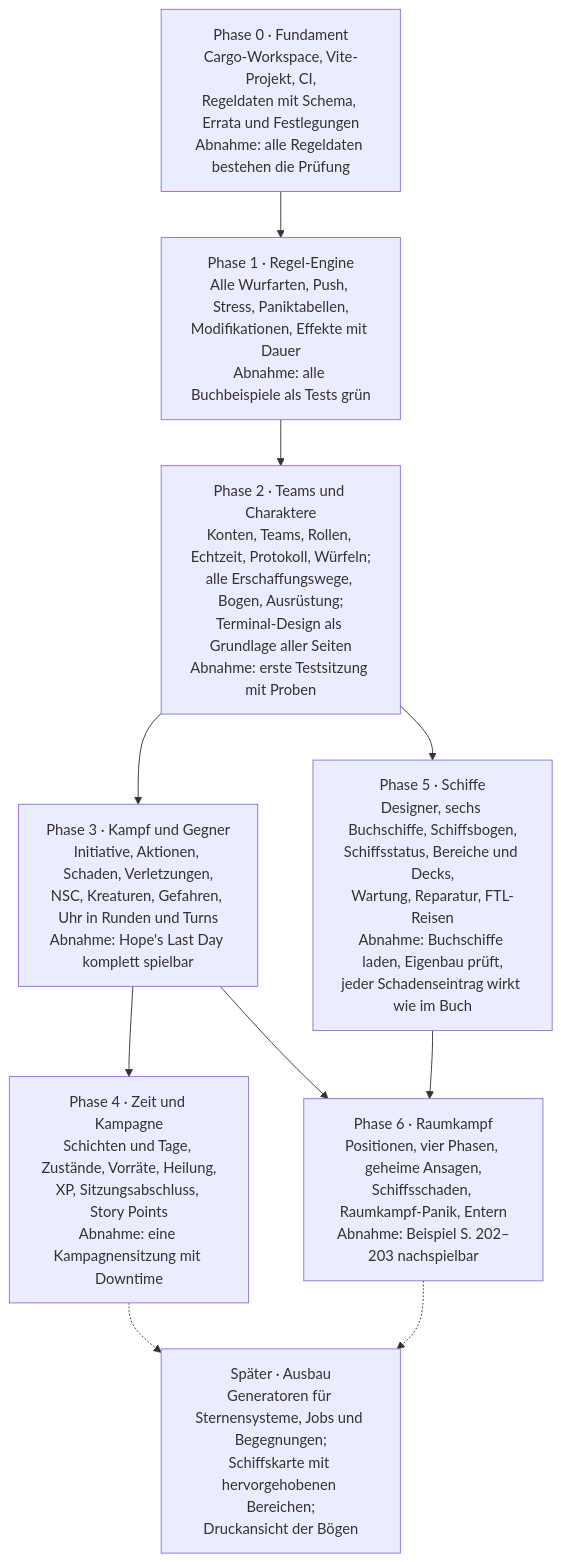
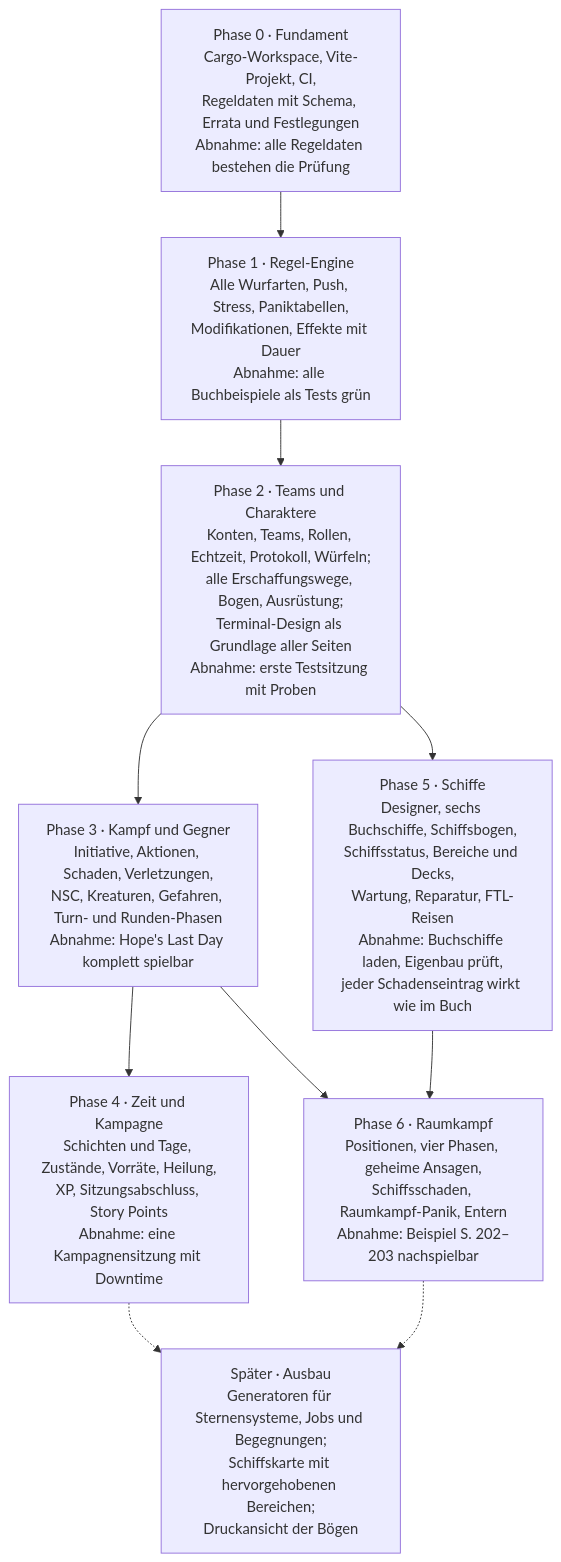
One commit to peddn/xenoforge changed the third of 3 diagrams in docs/PLAN.md. Above: the diagram before and after it, drawn with Mermaid. The commit also changed other lines of this file and 1 other file, not shown here.

First line of the commit message:
Plan: stepped game time with shift, turn and round levels

````diff
--- a/docs/PLAN.md
+++ b/docs/PLAN.md
@@ -705,16 +726,16 @@
 ```mermaid
 flowchart TD
     p0["Phase 0 · Fundament<br/>Cargo-Workspace, Vite-Projekt, CI,<br/>Regeldaten mit Schema, Errata und Festlegungen<br/>Abnahme: alle Regeldaten bestehen die Prüfung"]
     p1["Phase 1 · Regel-Engine<br/>Alle Wurfarten, Push, Stress, Paniktabellen,<br/>Modifikationen, Effekte mit Dauer<br/>Abnahme: alle Buchbeispiele als Tests grün"]
     p2["Phase 2 · Teams und Charaktere<br/>Konten, Teams, Rollen, Echtzeit, Protokoll, Würfeln;<br/>alle Erschaffungswege, Bogen, Ausrüstung;<br/>Terminal-Design als Grundlage aller Seiten<br/>Abnahme: erste Testsitzung mit Proben"]
-    p3["Phase 3 · Kampf und Gegner<br/>Initiative, Aktionen, Schaden, Verletzungen,<br/>NSC, Kreaturen, Gefahren, Uhr in Runden und Turns<br/>Abnahme: Hope's Last Day komplett spielbar"]
+    p3["Phase 3 · Kampf und Gegner<br/>Initiative, Aktionen, Schaden, Verletzungen,<br/>NSC, Kreaturen, Gefahren, Turn- und Runden-Phasen<br/>Abnahme: Hope's Last Day komplett spielbar"]
     p4["Phase 4 · Zeit und Kampagne<br/>Schichten und Tage, Zustände, Vorräte, Heilung,<br/>XP, Sitzungsabschluss, Story Points<br/>Abnahme: eine Kampagnensitzung mit Downtime"]
     p5["Phase 5 · Schiffe<br/>Designer, sechs Buchschiffe, Schiffsbogen,<br/>Schiffsstatus, Bereiche und Decks,<br/>Wartung, Reparatur, FTL-Reisen<br/>Abnahme: Buchschiffe laden, Eigenbau prüft,<br/>jeder Schadenseintrag wirkt wie im Buch"]
     p6["Phase 6 · Raumkampf<br/>Positionen, vier Phasen, geheime Ansagen,<br/>Schiffsschaden, Raumkampf-Panik, Entern<br/>Abnahme: Beispiel S. 202–203 nachspielbar"]
     p7["Später · Ausbau<br/>Generatoren für Sternensysteme, Jobs und Begegnungen;<br/>Schiffskarte mit hervorgehobenen Bereichen;<br/>Druckansicht der Bögen"]
     p0 --> p1 --> p2 --> p3 --> p4
     p2 --> p5 --> p6
     p3 --> p6
     p4 -.-> p7
     p6 -.-> p7
 ```
````
